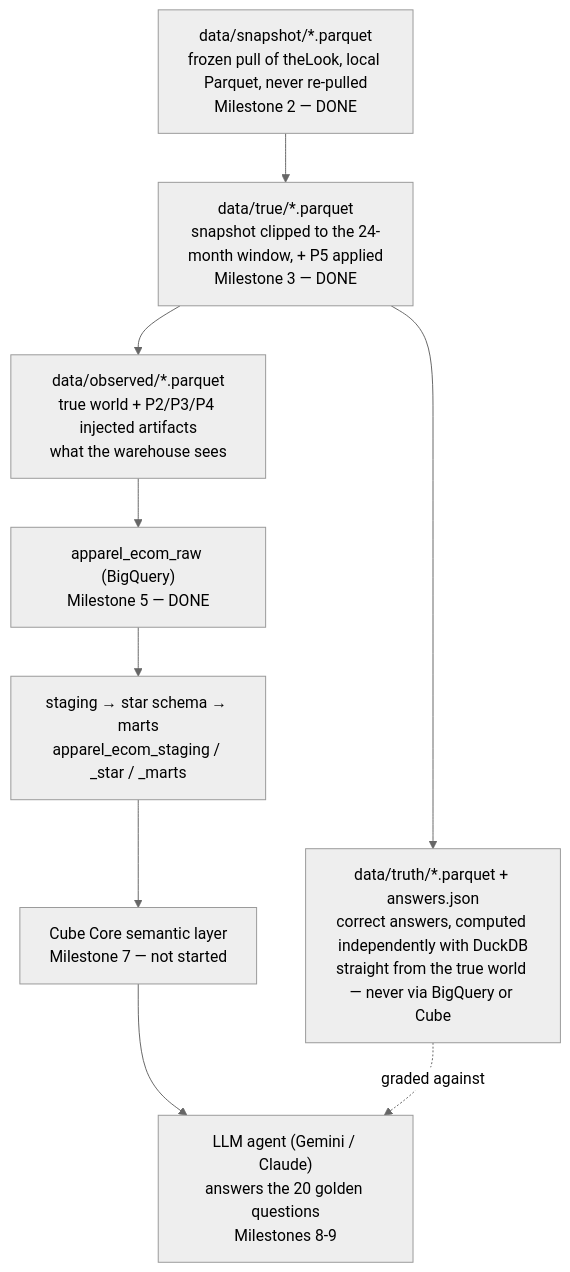
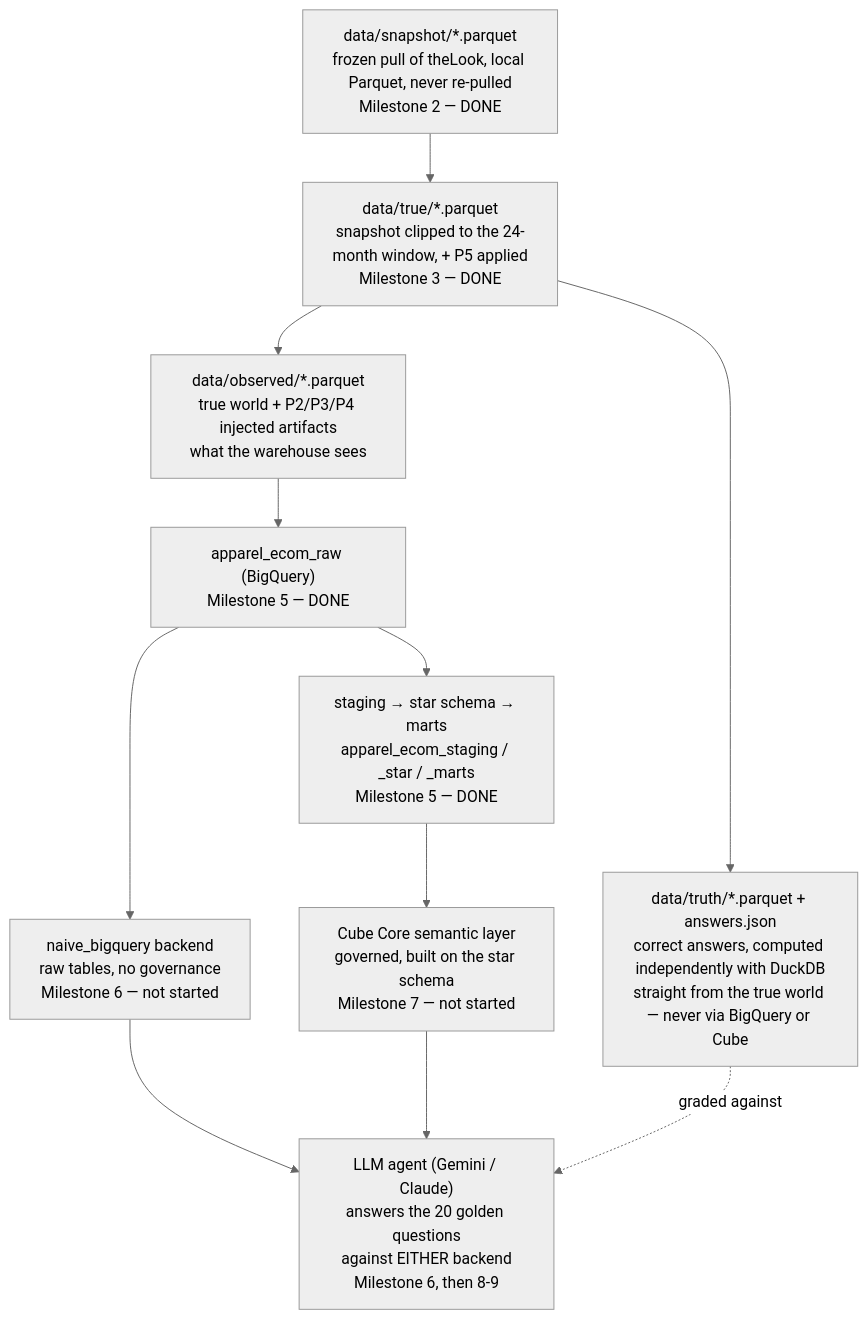
Before and after one commit to mojtaba-peyrovi/klarix-semantic-benchmark: the first of 2 diagrams in README.md, drawn with Mermaid (neutral theme). The commit also changed other lines of this file, not shown here.

Commit message:
Fix pipeline diagram: Milestone 6 was missing, made 7 look first
The diagram jumped straight from the star schema (M5) to Cube (M7),
never showing Milestone 6 (agent loop + naive_bigquery baseline).
Now shows both backends explicitly and that the agent runs against
either one -- naive_bigquery needs no Cube at all.

````diff
--- a/README.md
+++ b/README.md
@@ -39,20 +39,23 @@
 ```mermaid
 graph TD
     A["data/snapshot/*.parquet<br/>frozen pull of theLook, local Parquet, never re-pulled<br/>Milestone 2 — DONE"]
     B["data/true/*.parquet<br/>snapshot clipped to the 24-month window, + P5 applied<br/>Milestone 3 — DONE"]
     C["data/observed/*.parquet<br/>true world + P2/P3/P4 injected artifacts<br/>what the warehouse sees"]
     D["data/truth/*.parquet + answers.json<br/>correct answers, computed independently with DuckDB<br/>straight from the true world — never via BigQuery or Cube"]
     E["apparel_ecom_raw (BigQuery)<br/>Milestone 5 — DONE"]
-    F["staging → star schema → marts<br/>apparel_ecom_staging / _star / _marts"]
-    G["Cube Core semantic layer<br/>Milestone 7 — not started"]
-    H["LLM agent (Gemini / Claude)<br/>answers the 20 golden questions<br/>Milestones 8-9"]
+    F["staging → star schema → marts<br/>apparel_ecom_staging / _star / _marts<br/>Milestone 5 — DONE"]
+    G1["naive_bigquery backend<br/>raw tables, no governance<br/>Milestone 6 — not started"]
+    G2["Cube Core semantic layer<br/>governed, built on the star schema<br/>Milestone 7 — not started"]
+    H["LLM agent (Gemini / Claude)<br/>answers the 20 golden questions<br/>against EITHER backend<br/>Milestone 6, then 8-9"]
 
     A --> B
     B --> C
     B --> D
     C --> E
     E --> F
-    F --> G
-    G --> H
+    E --> G1
+    F --> G2
+    G1 --> H
+    G2 --> H
     D -. graded against .-> H
 ```
````
